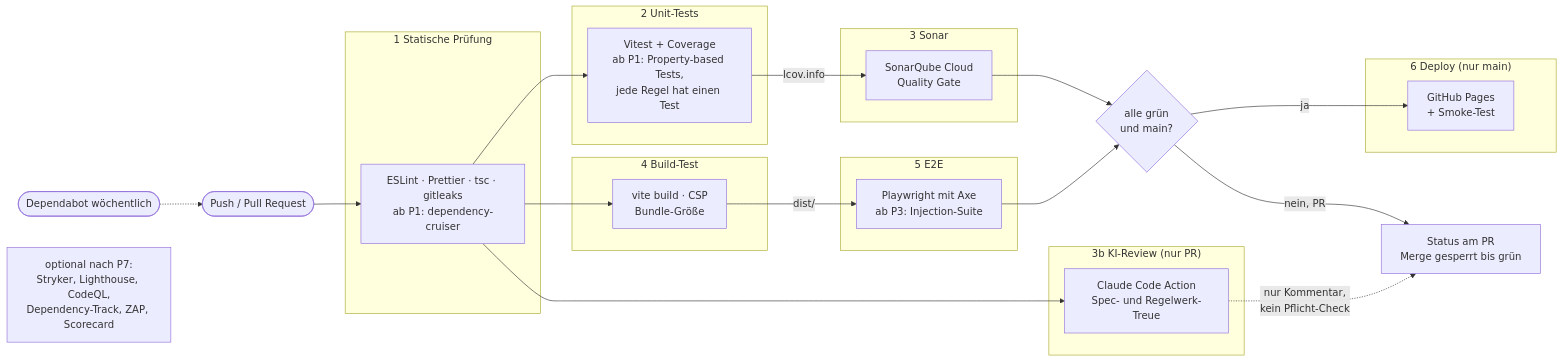
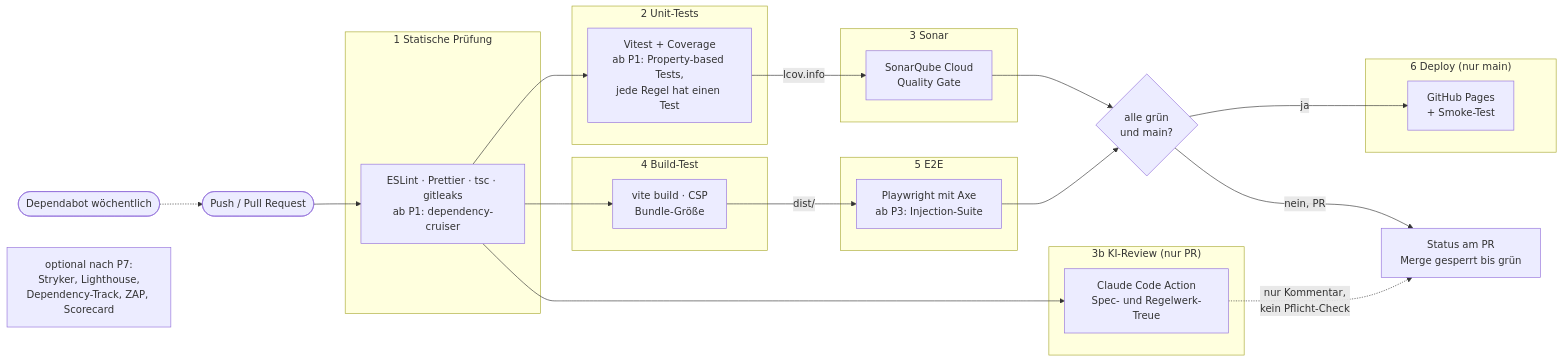
The seventh of 10 diagrams in specs/001-ti-visualizer-baukasten/architektur.md (jurie2000/ti-visualizer), drawn with Mermaid before and after one commit. The commit also changed 2 other files, not shown here.

Commit message:
T-804a: CodeQL vorgezogen, T-804 geteilt
- tasks.md: T-804 in T-804a (CodeQL, erledigt) und T-804b
  (Dependency-Review-Action, pnpm audit, OSV-Scanner, offen) geteilt
- plan.md und architektur.md: CodeQL nicht mehr optional, sondern
  aktiv im Default-Setup (Query-Suite extended, JavaScript/TypeScript
  und Actions), kein Pflicht-Check

````diff
--- a/specs/001-ti-visualizer-baukasten/architektur.md
+++ b/specs/001-ti-visualizer-baukasten/architektur.md
@@ -482,41 +482,41 @@
 ```mermaid
 flowchart LR
     trigger(["Push / Pull Request"])
 
     subgraph s1["1 Statische Prüfung"]
         lint["ESLint · Prettier · tsc · gitleaks<br/>ab P1: dependency-cruiser"]
     end
     subgraph s2["2 Unit-Tests"]
         unit["Vitest + Coverage<br/>ab P1: Property-based Tests,<br/>jede Regel hat einen Test"]
     end
     subgraph s3["3 Sonar"]
         sonar["SonarQube Cloud<br/>Quality Gate"]
     end
     subgraph s3b["3b KI-Review (nur PR)"]
         ai["Claude Code Action<br/>Spec- und Regelwerk-Treue"]
     end
     subgraph s4["4 Build-Test"]
         build["vite build · CSP<br/>Bundle-Größe"]
     end
     subgraph s5["5 E2E"]
         e2e["Playwright mit Axe<br/>ab P3: Injection-Suite"]
     end
     subgraph s6["6 Deploy (nur main)"]
         deploy["GitHub Pages<br/>+ Smoke-Test"]
     end
 
     trigger --> lint
     lint --> unit
     lint --> build
     lint --> ai
     unit -- "lcov.info" --> sonar
     ai -. "nur Kommentar,<br/>kein Pflicht-Check" .-> pr
     build -- "dist/" --> e2e
     sonar --> gate{"alle grün<br/>und main?"}
     e2e --> gate
     gate -- "ja" --> deploy
     gate -- "nein, PR" --> pr["Status am PR<br/>Merge gesperrt bis grün"]
 
     dependabot(["Dependabot wöchentlich"]) -.-> trigger
-    optional["optional nach P7:<br/>Stryker, Lighthouse, CodeQL,<br/>Dependency-Track, ZAP, Scorecard"]
+    optional["optional nach P7:<br/>Stryker, Lighthouse,<br/>Dependency-Track, ZAP, Scorecard"]
 ```
````
